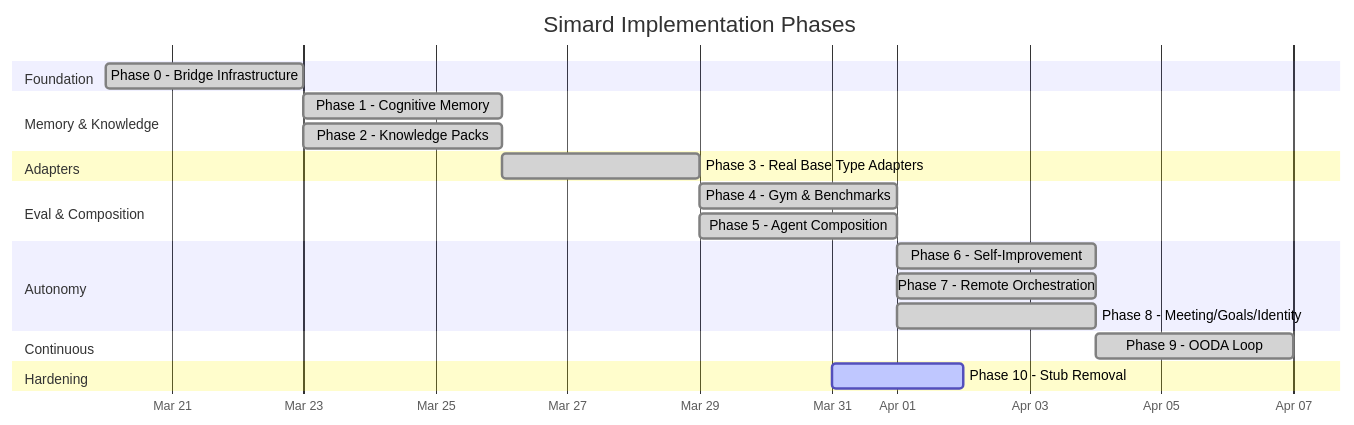
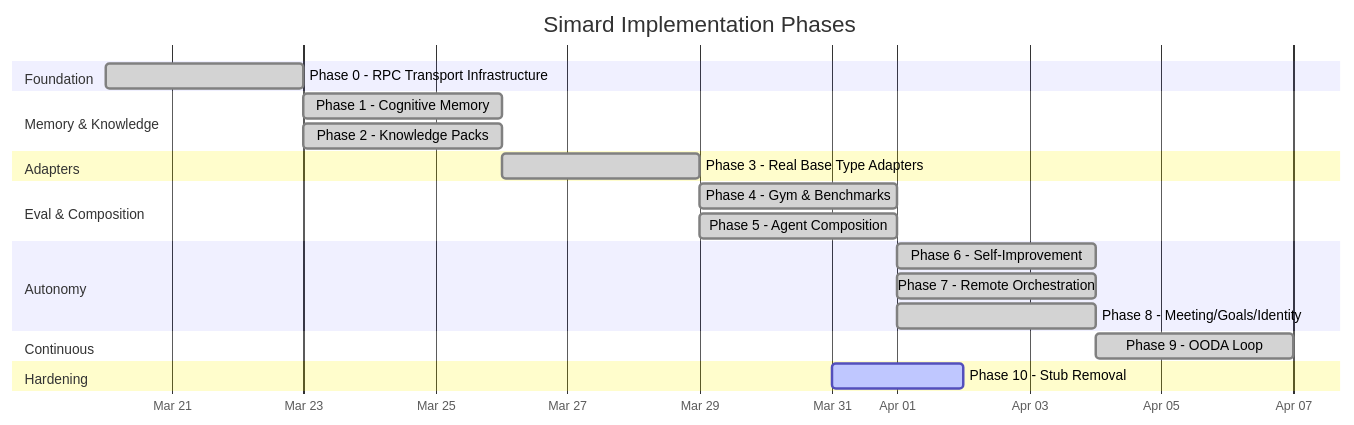
Before and after one commit to rysweet/Simard: the diagram in docs/architecture/implementation-plan.md, drawn with Mermaid. The commit also changed other lines of this file and 327 other files, not shown here.

````diff
--- a/docs/architecture/implementation-plan.md
+++ b/docs/architecture/implementation-plan.md
@@ -15,31 +15,31 @@
 ```mermaid
 gantt
     title Simard Implementation Phases
     dateFormat YYYY-MM-DD
     axisFormat %b %d
 
     section Foundation
-    Phase 0 - Bridge Infrastructure       :done, p0, 2026-03-20, 3d
+    Phase 0 - RPC Transport Infrastructure       :done, p0, 2026-03-20, 3d
 
     section Memory & Knowledge
     Phase 1 - Cognitive Memory            :done, p1, after p0, 3d
     Phase 2 - Knowledge Packs             :done, p2, after p0, 3d
 
     section Adapters
     Phase 3 - Real Base Type Adapters     :done, p3, after p1, 3d
 
     section Eval & Composition
     Phase 4 - Gym & Benchmarks            :done, p4, after p3, 3d
     Phase 5 - Agent Composition           :done, p5, after p3, 3d
 
     section Autonomy
     Phase 6 - Self-Improvement            :done, p6, after p4, 3d
     Phase 7 - Remote Orchestration        :done, p7, after p5, 3d
     Phase 8 - Meeting/Goals/Identity      :done, p8, after p5, 3d
 
     section Continuous
     Phase 9 - OODA Loop                   :done, p9, after p6, 3d
 
     section Hardening
     Phase 10 - Stub Removal               :active, p10, 2026-03-31, 2d
 ```
````
